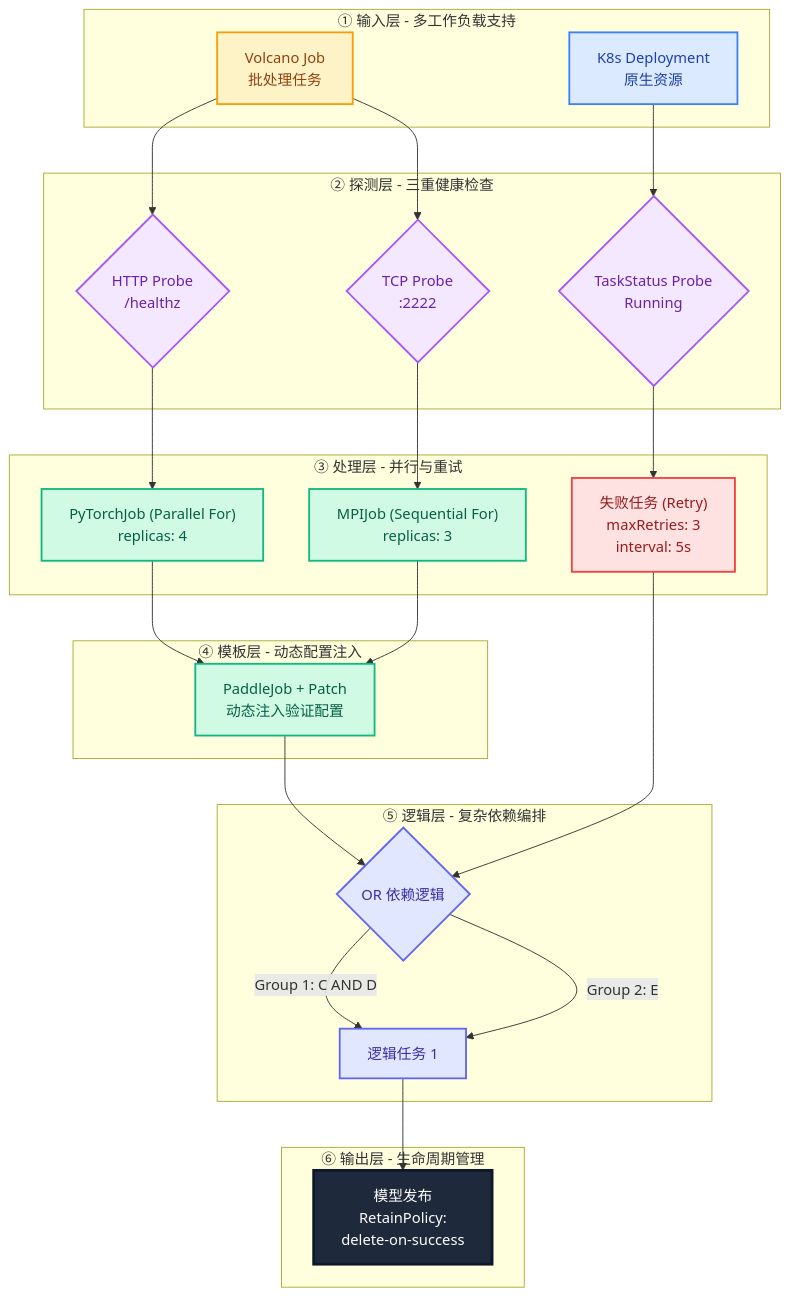
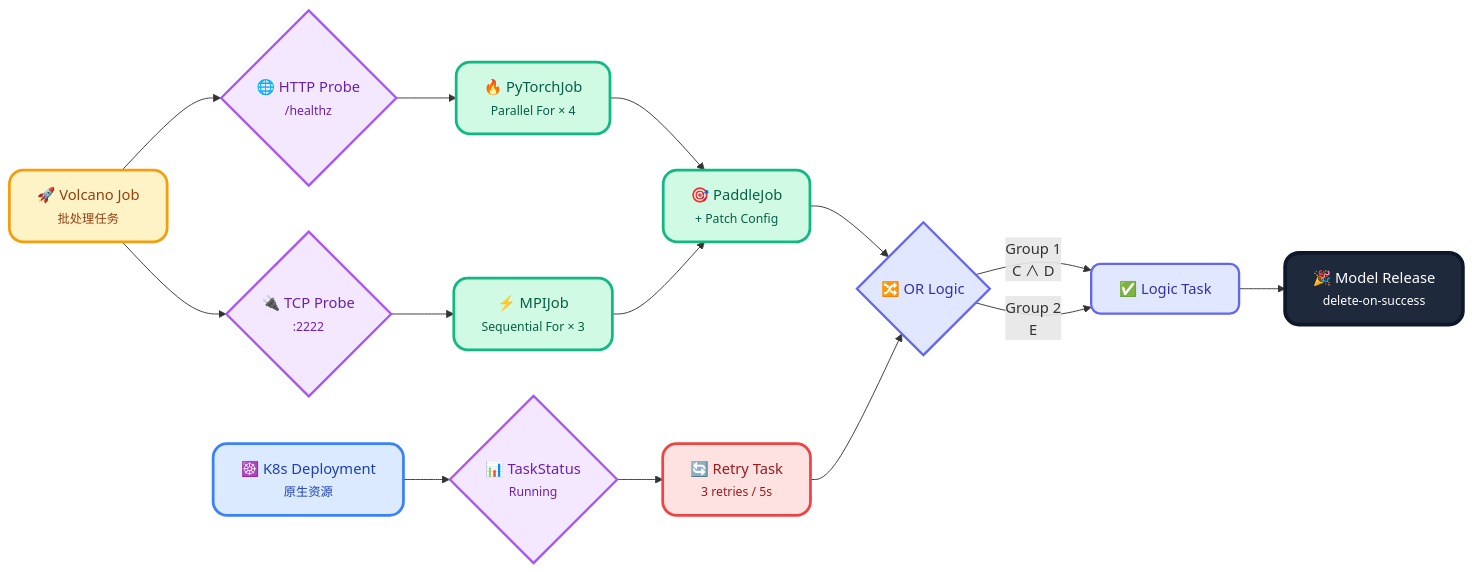
One commit to zhaizhch/workflow changed the diagram in docs/promotion.md. Above: the diagram before and after it, drawn with Mermaid.

Commit message:
docs: 完善 promotion 文档

````diff
--- a/docs/promotion.md
+++ b/docs/promotion.md
@@ -48,52 +48,46 @@
 ```mermaid
-graph TB
-    subgraph INPUT ["① 输入层 - 多工作负载支持"]
-        A["Volcano Job<br/>批处理任务"]
-        B["K8s Deployment<br/>原生资源"]
-    end
+graph LR
+    %% ========== ① 输入层 ==========
+    A["🚀 Volcano Job<br/><small>批处理任务</small>"]
+    B["☸️ K8s Deployment<br/><small>原生资源</small>"]
 
-    subgraph PROBE ["② 探测层 - 三重健康检查"]
-        A --> P1{"HTTP Probe<br/>/healthz"}
-        A --> P2{"TCP Probe<br/>:2222"}
-        B --> P3{"TaskStatus Probe<br/>Running"}
-    end
+    %% ========== ② 探测层 ==========
+    A --> P1{"🌐 HTTP Probe<br/><small>/healthz</small>"}
+    A --> P2{"🔌 TCP Probe<br/><small>:2222</small>"}
+    B --> P3{"📊 TaskStatus<br/><small>Running</small>"}
 
-    subgraph PARALLEL ["③ 处理层 - 并行与重试"]
-        P1 --> C["PyTorchJob (Parallel For)<br/>replicas: 4"]
-        P2 --> D["MPIJob (Sequential For)<br/>replicas: 3"]
-        P3 --> E["失败任务 (Retry)<br/>maxRetries: 3<br/>interval: 5s"]
-    end
+    %% ========== ③ 处理层 ==========
+    P1 --> C["🔥 PyTorchJob<br/><small>Parallel For × 4</small>"]
+    P2 --> D["⚡ MPIJob<br/><small>Sequential For × 3</small>"]
+    P3 --> E["🔄 Retry Task<br/><small>3 retries / 5s</small>"]
 
-    subgraph PATCH ["④ 模板层 - 动态配置注入"]
-        C --> F["PaddleJob + Patch<br/>动态注入验证配置"]
-        D --> F
-    end
+    %% ========== ④ 模板层 ==========
+    C --> F["🎯 PaddleJob<br/><small>+ Patch Config</small>"]
+    D --> F
 
-    subgraph LOGIC ["⑤ 逻辑层 - 复杂依赖编排"]
-        F --> G{"OR 依赖逻辑"}
-        E --> G
-        G -->|"Group 1: C AND D"| H["逻辑任务 1"]
-        G -->|"Group 2: E"| H
-    end
+    %% ========== ⑤ 逻辑层 ==========
+    F --> G{"🔀 OR Logic"}
+    E --> G
+    G -->|"Group 1<br/>C ∧ D"| H["✅ Logic Task"]
+    G -->|"Group 2<br/>E"| H
 
-    subgraph OUTPUT ["⑥ 输出层 - 生命周期管理"]
-        H --> K["模型发布<br/>RetainPolicy:<br/>delete-on-success"]
-    end
+    %% ========== ⑥ 输出层 ==========
+    H --> K["🎉 Model Release<br/><small>delete-on-success</small>"]
 
-    %% 样式定义
-    classDef volcano fill:#fef3c7,stroke:#f59e0b,stroke-width:2px,color:#92400e;
-    classDef k8s fill:#dbeafe,stroke:#3b82f6,stroke-width:2px,color:#1e40af;
-    classDef probe fill:#f3e8ff,stroke:#a855f7,stroke-width:2px,color:#6b21a8;
-    classDef kubeflow fill:#d1fae5,stroke:#10b981,stroke-width:2px,color:#065f46;
-    classDef retry fill:#fee2e2,stroke:#ef4444,stroke-width:2px,color:#991b1b;
-    classDef logic fill:#e0e7ff,stroke:#6366f1,stroke-width:2px,color:#3730a3;
-    classDef final fill:#1e293b,stroke:#0f172a,stroke-width:3px,color:#ffffff;
+    %% ==================== 样式定义 ====================
+    classDef volcano fill:#fef3c7,stroke:#f59e0b,stroke-width:3px,color:#92400e,rx:15,ry:15;
+    classDef k8s fill:#dbeafe,stroke:#3b82f6,stroke-width:3px,color:#1e40af,rx:15,ry:15;
+    classDef probe fill:#f3e8ff,stroke:#a855f7,stroke-width:2.5px,color:#6b21a8,rx:10,ry:10;
+    classDef kubeflow fill:#d1fae5,stroke:#10b981,stroke-width:3px,color:#065f46,rx:15,ry:15;
+    classDef retry fill:#fee2e2,stroke:#ef4444,stroke-width:3px,color:#991b1b,rx:15,ry:15;
+    classDef logic fill:#e0e7ff,stroke:#6366f1,stroke-width:2.5px,color:#3730a3,rx:10,ry:10;
+    classDef final fill:#1e293b,stroke:#0f172a,stroke-width:4px,color:#ffffff,rx:15,ry:15;
 
     class A volcano;
     class B k8s;
     class P1,P2,P3 probe;
     class C,D,F kubeflow;
     class E retry;
     class G,H logic;
     class K final;
 ```
````
